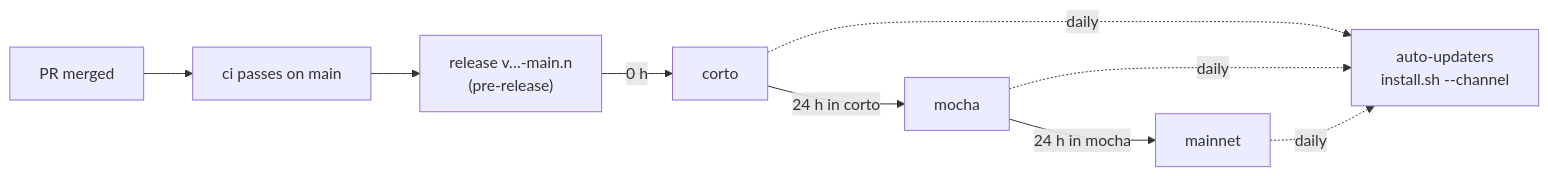
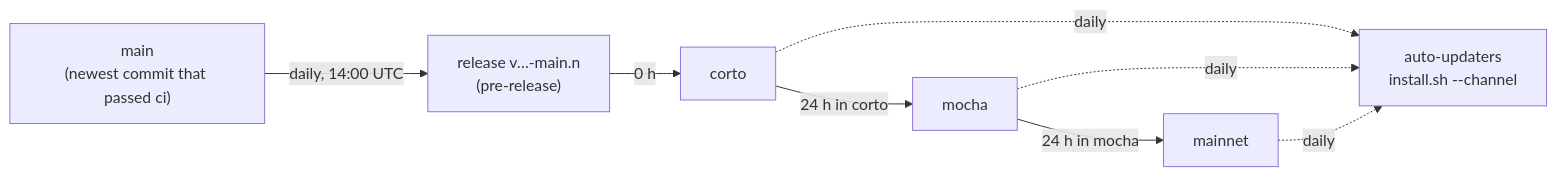
The diagram in docs/releasing.md (celestiaorg/celestia-rs), drawn with Mermaid before and after one commit. The commit also changed other lines of this file and 6 other files, not shown here.

Commit message:
feat(release): release main once a day instead of on every merge

````diff
--- a/docs/releasing.md
+++ b/docs/releasing.md
@@ -26,8 +26,8 @@
 ```mermaid
 flowchart LR
-  pr[PR merged] --> ci[ci passes on main] --> rel["release v…-main.n<br/>(pre-release)"]
+  main["main<br/>(newest commit that passed ci)"] -->|daily, 14:00 UTC| rel["release v…-main.n<br/>(pre-release)"]
   rel -->|0 h| corto
   corto -->|24 h in corto| mocha
   mocha -->|24 h in mocha| mainnet
   corto & mocha & mainnet -.->|daily| nodes[auto-updaters<br/>install.sh --channel]
 ```
````
